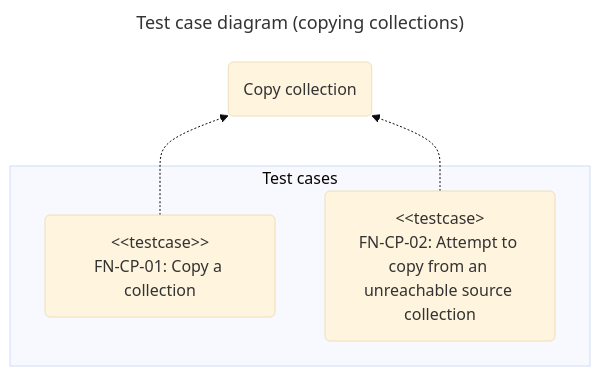
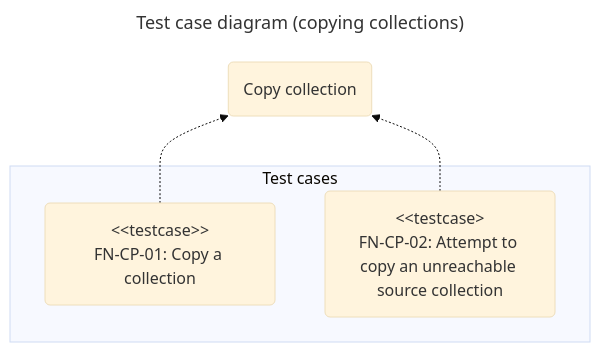
One commit to chromiodev/chromie-tool changed the sixth of 8 diagrams in docs/spec/tests/functional.en.md. Above: the diagram before and after it, drawn with Mermaid (base theme). The commit also changed other lines of this file and 9 other files, not shown here.

````diff
--- a/docs/spec/tests/functional.en.md
+++ b/docs/spec/tests/functional.en.md
@@ -490,18 +520,18 @@
 ```mermaid
 ---
 title: Test case diagram (copying collections)
 config:
 ---
 
 graph BT
   %% use cases
   copyColl@{ shape: "rounded", label: "Copy collection" }
 
   subgraph "Test cases"
     copyReachableColl@{ shape: "rounded", label: "#lt;#lt;testcase>><br>FN-CP-01: Copy a collection" }
-    copyNonReachableColl@{ shape: "rounded", label: "#lt;#lt;testcase><br>FN-CP-02: Attempt to copy from an unreachable source collection" }
+    copyNonReachableColl@{ shape: "rounded", label: "#lt;#lt;testcase><br>FN-CP-02: Attempt to copy an unreachable source collection" }
   end
 
   copyReachableColl -.-> copyColl
   copyNonReachableColl -.-> copyColl
 ```
````
